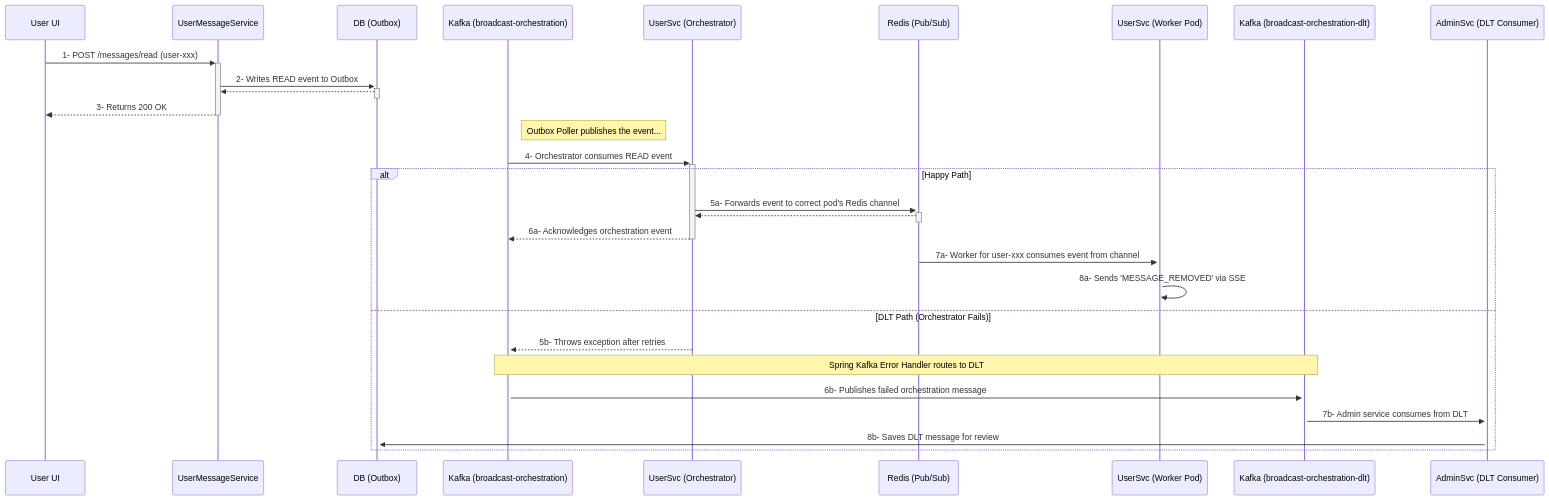
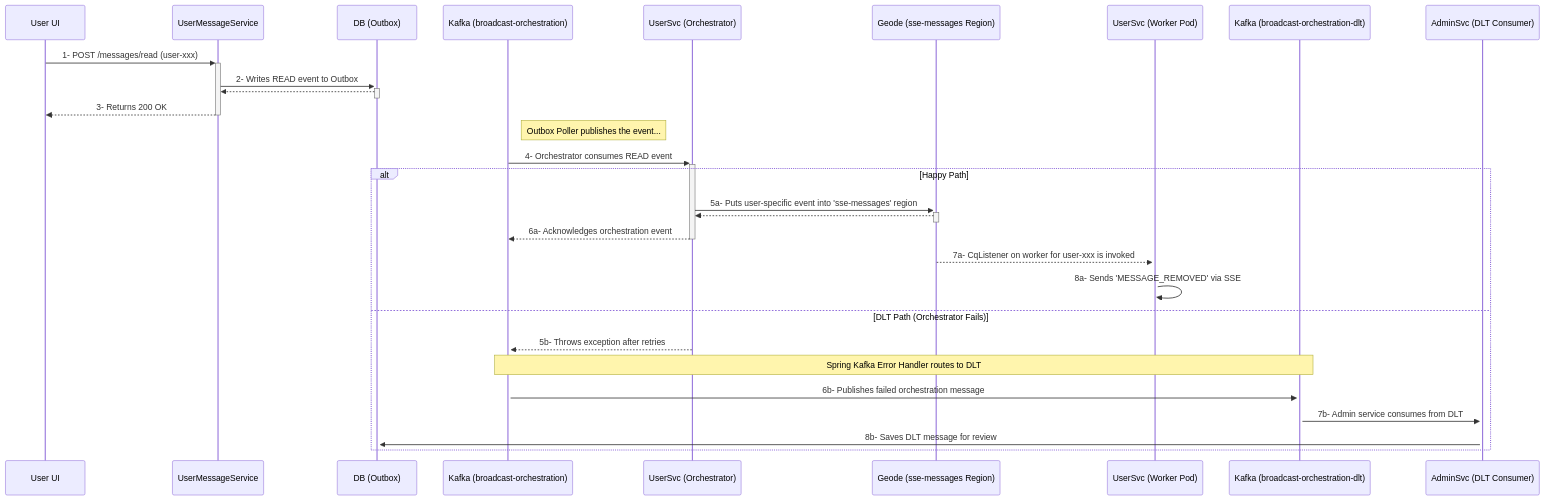
One commit to rsrini7/Notification-SSE-GLM-Flux changed the diagram in MermaidDiagrams/seq-user-action-and-dlt.mmd. Above: the diagram before and after it, drawn with Mermaid. The commit also changed 26 other files, not shown here.

First line of the commit message:
refactor(diagrams): replace Redis with Geode in all diagrams

```diff
--- a/MermaidDiagrams/seq-user-action-and-dlt.mmd
+++ b/MermaidDiagrams/seq-user-action-and-dlt.mmd
@@ -1,33 +1,33 @@
 sequenceDiagram
     participant UserUI as User UI
     participant UserSvc as UserMessageService
     participant DB as DB (Outbox)
     participant KafkaOrch as Kafka (broadcast-orchestration)
     participant Orchestrator as UserSvc (Orchestrator)
-    participant Redis as Redis (Pub/Sub)
+    participant Geode as Geode (sse-messages Region)
     participant Worker as UserSvc (Worker Pod)
     participant DLT as Kafka (broadcast-orchestration-dlt)
     participant DLTConsumer as AdminSvc (DLT Consumer)
 
     UserUI->>+UserSvc: 1- POST /messages/read (user-xxx)
     UserSvc->>+DB: 2- Writes READ event to Outbox
     DB-->>-UserSvc: 
     UserSvc-->>-UserUI: 3- Returns 200 OK
 
     Note right of KafkaOrch: Outbox Poller publishes the event...
     KafkaOrch->>+Orchestrator: 4- Orchestrator consumes READ event
 
     alt Happy Path
-        Orchestrator->>+Redis: 5a- Forwards event to correct pod's Redis channel
-        Redis-->>-Orchestrator: 
+        Orchestrator->>+Geode: 5a- Puts user-specific event into 'sse-messages' region
+        Geode-->>-Orchestrator: 
         Orchestrator-->>-KafkaOrch: 6a- Acknowledges orchestration event
 
-        Redis->>+Worker: 7a- Worker for user-xxx consumes event from channel
+        Geode-->>+Worker: 7a- CqListener on worker for user-xxx is invoked
         Worker->>Worker: 8a- Sends 'MESSAGE_REMOVED' via SSE
     else DLT Path (Orchestrator Fails)
         Orchestrator-->>+KafkaOrch: 5b- Throws exception after retries
         Note over KafkaOrch, DLT: Spring Kafka Error Handler routes to DLT
         KafkaOrch->>+DLT: 6b- Publishes failed orchestration message
         DLT->>+DLTConsumer: 7b- Admin service consumes from DLT
         DLTConsumer->>+DB: 8b- Saves DLT message for review
     end
```
